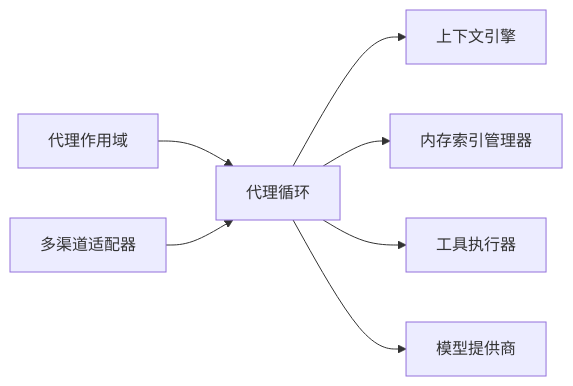
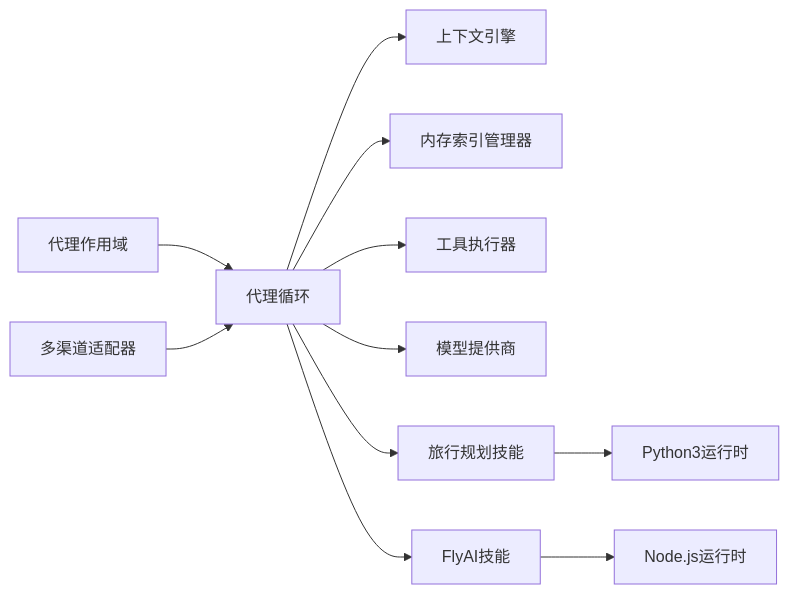
The ninth of 9 diagrams in .qoder/repowiki/zh/content/AI代理系统/AI代理系统.md (verse-ai-org/openclaw), drawn with Mermaid before and after one commit. The commit also changed other lines of this file and 14 other files, not shown here.

````diff
--- a/.qoder/repowiki/zh/content/AI代理系统/AI代理系统.md
+++ b/.qoder/repowiki/zh/content/AI代理系统/AI代理系统.md
@@ -251,9 +413,13 @@
 ```mermaid
 graph LR
 AgentScope["代理作用域"] --> AgentLoop["代理循环"]
 AgentLoop --> CE["上下文引擎"]
 AgentLoop --> Memory["内存索引管理器"]
 AgentLoop --> Tools["工具执行器"]
 AgentLoop --> Providers["模型提供商"]
+AgentLoop --> TravelSkills["旅行规划技能"]
+AgentLoop --> FlyAISkills["FlyAI技能"]
 Channels["多渠道适配器"] --> AgentLoop
+TravelSkills --> PythonRuntime["Python3运行时"]
+FlyAISkills --> NodeRuntime["Node.js运行时"]
 ```
````
